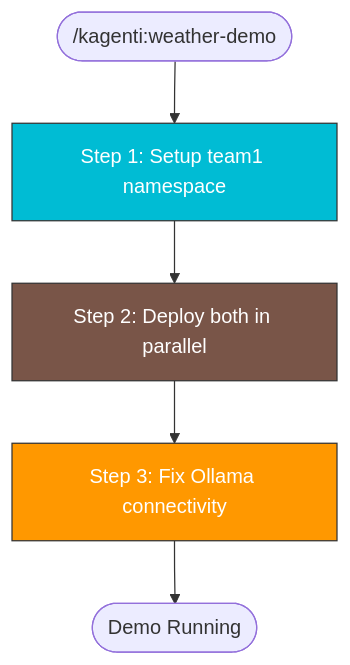
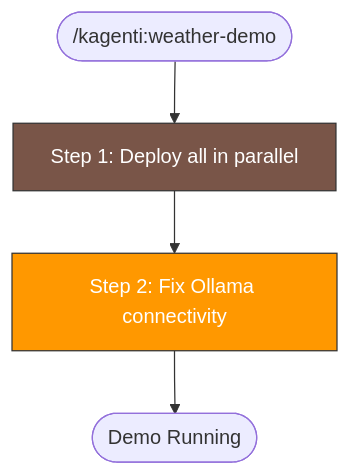
Before and after one commit to davidhadas/kagenti: the diagram in .claude/skills/kagenti:weather-demo/SKILL.md, drawn with Mermaid. The commit also changed other lines of this file and 2 other files, not shown here.

First line of the commit message:
perf(scripts): remove waits and sleeps from weather demo deploy

````diff
--- a/.claude/skills/kagenti:weather-demo/SKILL.md
+++ b/.claude/skills/kagenti:weather-demo/SKILL.md
@@ -40,11 +40,9 @@
 ```mermaid
 flowchart TD
-    START(["/kagenti:weather-demo"]) --> NS["Step 1: Setup team1 namespace"]:::k8s
-    NS --> DEPLOY["Step 2: Deploy both in parallel"]:::build
-    DEPLOY --> PATCH["Step 3: Fix Ollama connectivity"]:::debug
+    START(["/kagenti:weather-demo"]) --> ALL["Step 1: Deploy all in parallel"]:::build
+    ALL --> PATCH["Step 2: Fix Ollama connectivity"]:::debug
     PATCH --> DONE([Demo Running])
 
-    classDef k8s fill:#00BCD4,stroke:#333,color:white
     classDef build fill:#795548,stroke:#333,color:white
     classDef debug fill:#FF9800,stroke:#333,color:white
 ```
````
